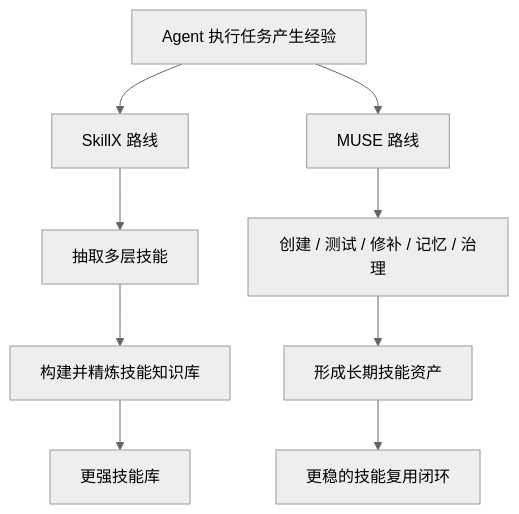
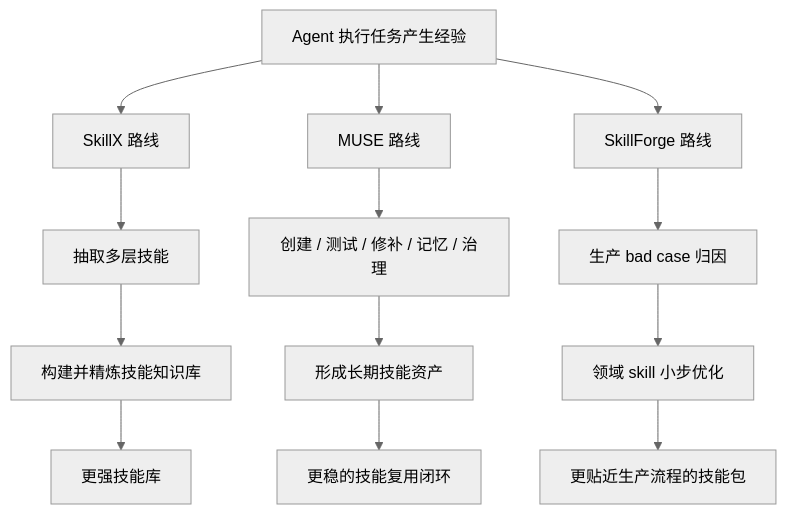
Before and after one commit to pofossette/guidebooks: the eighth of 18 diagrams in docs/agent-engineering/self-evolve/路线总览.md, drawn with Mermaid (neutral theme). The commit also changed other lines of this file and 7 other files, not shown here.

````diff
--- a/docs/agent-engineering/self-evolve/路线总览.md
+++ b/docs/agent-engineering/self-evolve/路线总览.md
@@ -110,11 +170,15 @@
 ```mermaid
 flowchart TD
     A[Agent 执行任务产生经验] --> B1[SkillX 路线]
     A --> B2[MUSE 路线]
     B1 --> C1[抽取多层技能]
     C1 --> D1[构建并精炼技能知识库]
     D1 --> E1[更强技能库]
     B2 --> C2[创建 / 测试 / 修补 / 记忆 / 治理]
     C2 --> D2[形成长期技能资产]
     D2 --> E2[更稳的技能复用闭环]
+    A --> B5[SkillForge 路线]
+    B5 --> C5[生产 bad case 归因]
+    C5 --> D5[领域 skill 小步优化]
+    D5 --> E5[更贴近生产流程的技能包]
 ```
````
